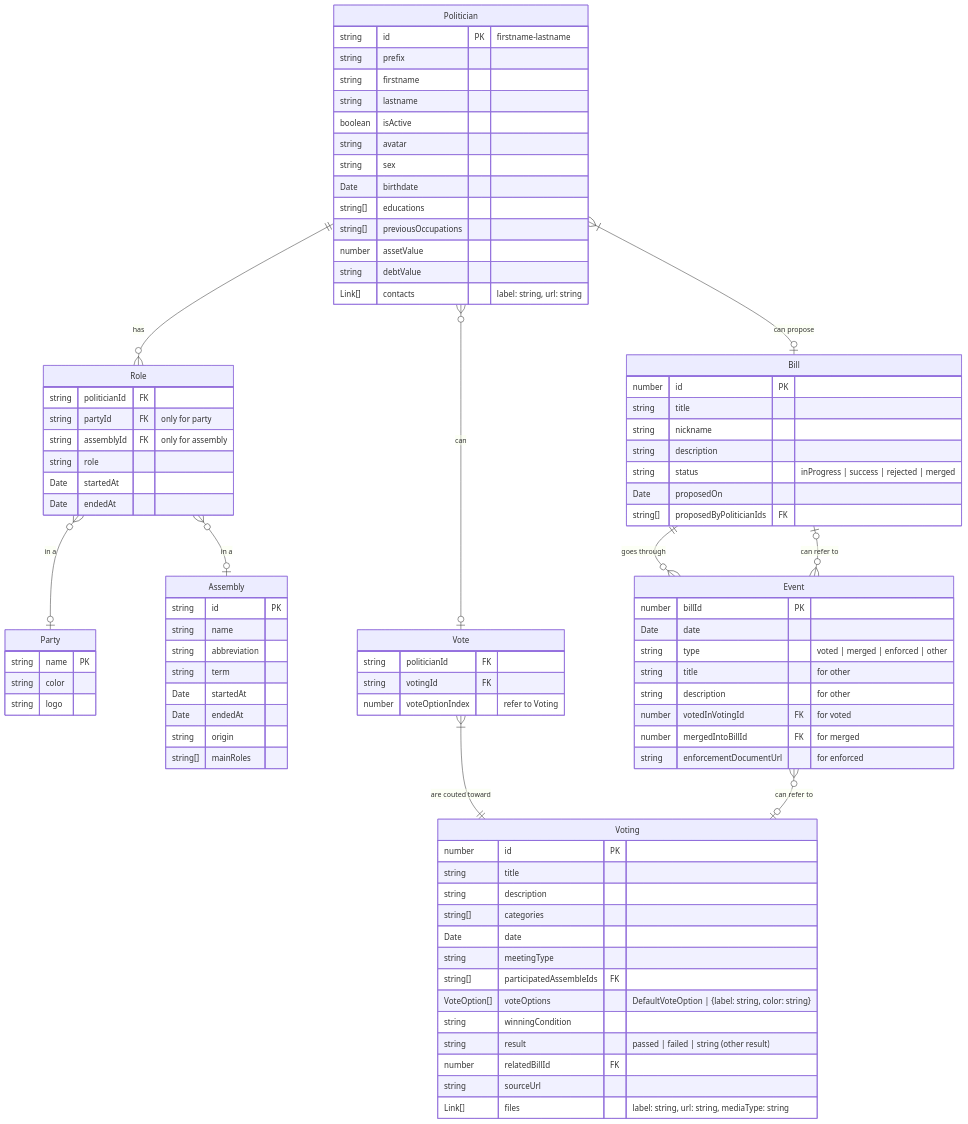
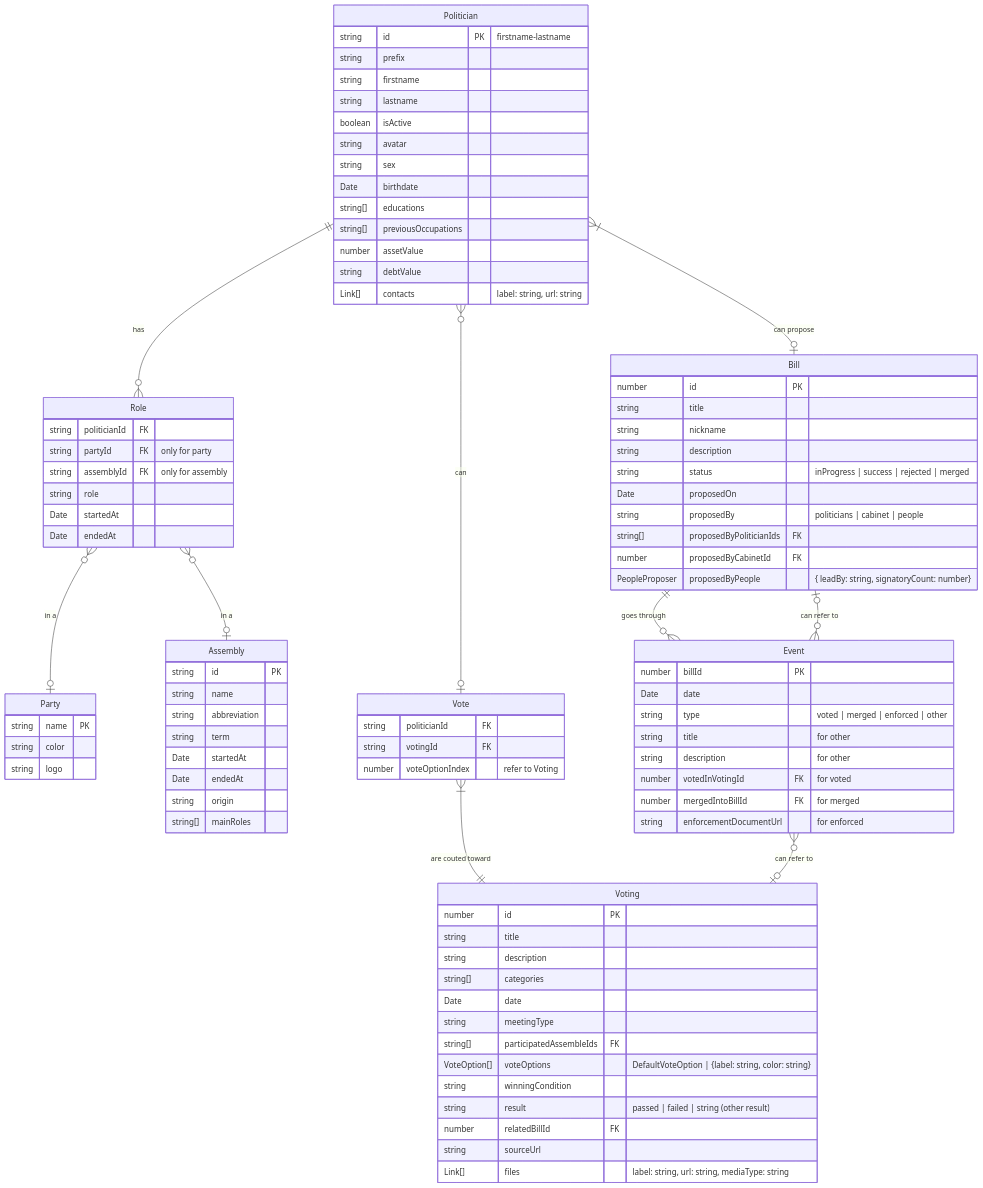
One commit to wevisdemo/parliament-watch changed the diagram in src/models/README.md. Above: the diagram before and after it, drawn with Mermaid. The commit also changed 2 other files, not shown here.

Commit message:
feat(WEV-37): add just enough information for proposer in bill in voting page

```diff
--- a/src/models/README.md
+++ b/src/models/README.md
@@ -61,7 +61,10 @@
     string description
     string status "inProgress | success | rejected | merged"
     Date proposedOn
+    string proposedBy "politicians | cabinet | people"
     string[] proposedByPoliticianIds FK
+    number proposedByCabinetId FK
+    PeopleProposer proposedByPeople "{ leadBy: string, signatoryCount: number}"
   }
 
   Voting {
```
